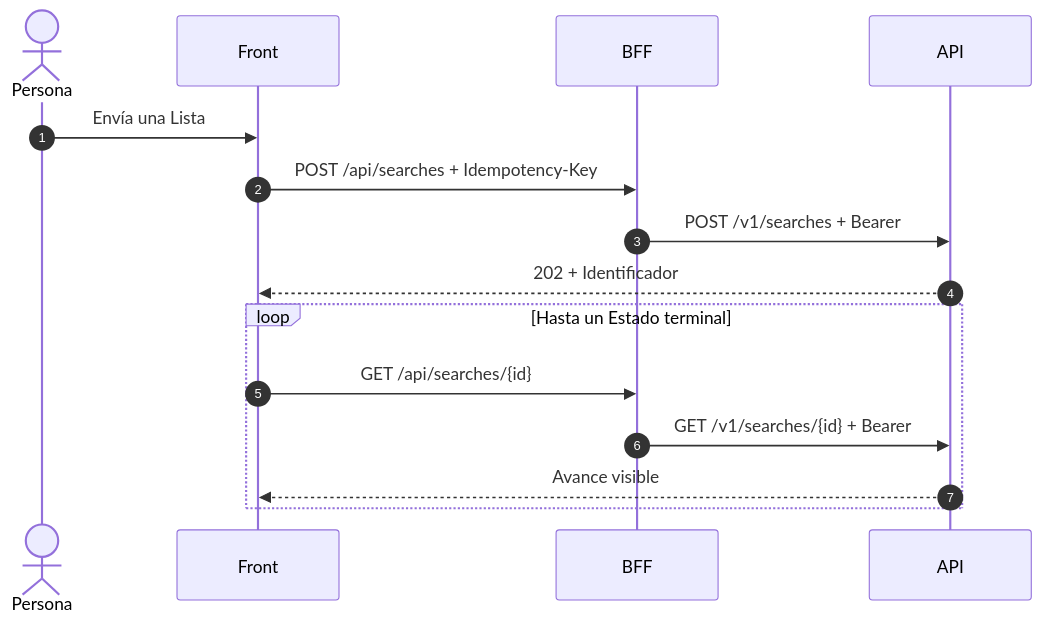
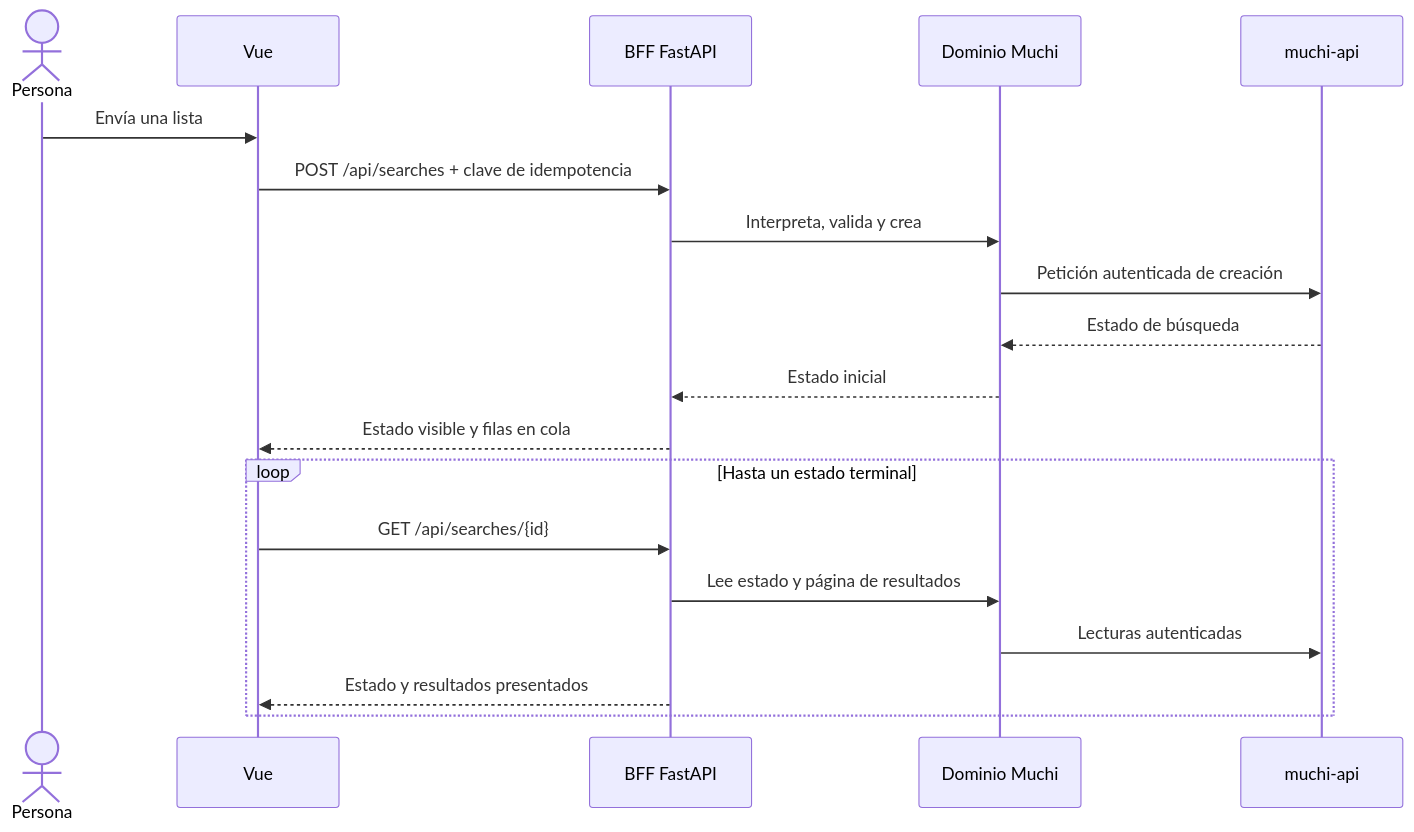
The second of 2 diagrams in docs/architecture.es.md (metaliaw/muchi), drawn with Mermaid before and after one commit. The commit also changed other lines of this file and 47 other files, not shown here.

Commit message:
Document BFF architecture and entry points

````diff
--- a/docs/architecture.es.md
+++ b/docs/architecture.es.md
@@ -137,19 +61,23 @@
 ```mermaid
 sequenceDiagram
-    autonumber
     actor Person as Persona
-    participant Web as Front
-    participant BFF
-    participant API
+    participant Web as Vue
+    participant BFF as BFF FastAPI
+    participant Domain as Dominio Muchi
+    participant API as muchi-api
 
-    Person->>Web: Envía una Lista
-    Web->>BFF: POST /api/searches + Idempotency-Key
-    BFF->>API: POST /v1/searches + Bearer
-    API-->>Web: 202 + Identificador
+    Person->>Web: Envía una lista
+    Web->>BFF: POST /api/searches + clave de idempotencia
+    BFF->>Domain: Interpreta, valida y crea
+    Domain->>API: Petición autenticada de creación
+    API-->>Domain: Estado de búsqueda
+    Domain-->>BFF: Estado inicial
+    BFF-->>Web: Estado visible y filas en cola
 
-    loop Hasta un Estado terminal
+    loop Hasta un estado terminal
         Web->>BFF: GET /api/searches/{id}
-        BFF->>API: GET /v1/searches/{id} + Bearer
-        API-->>Web: Avance visible
+        BFF->>Domain: Lee estado y página de resultados
+        Domain->>API: Lecturas autenticadas
+        BFF-->>Web: Estado y resultados presentados
     end
 ```
````
